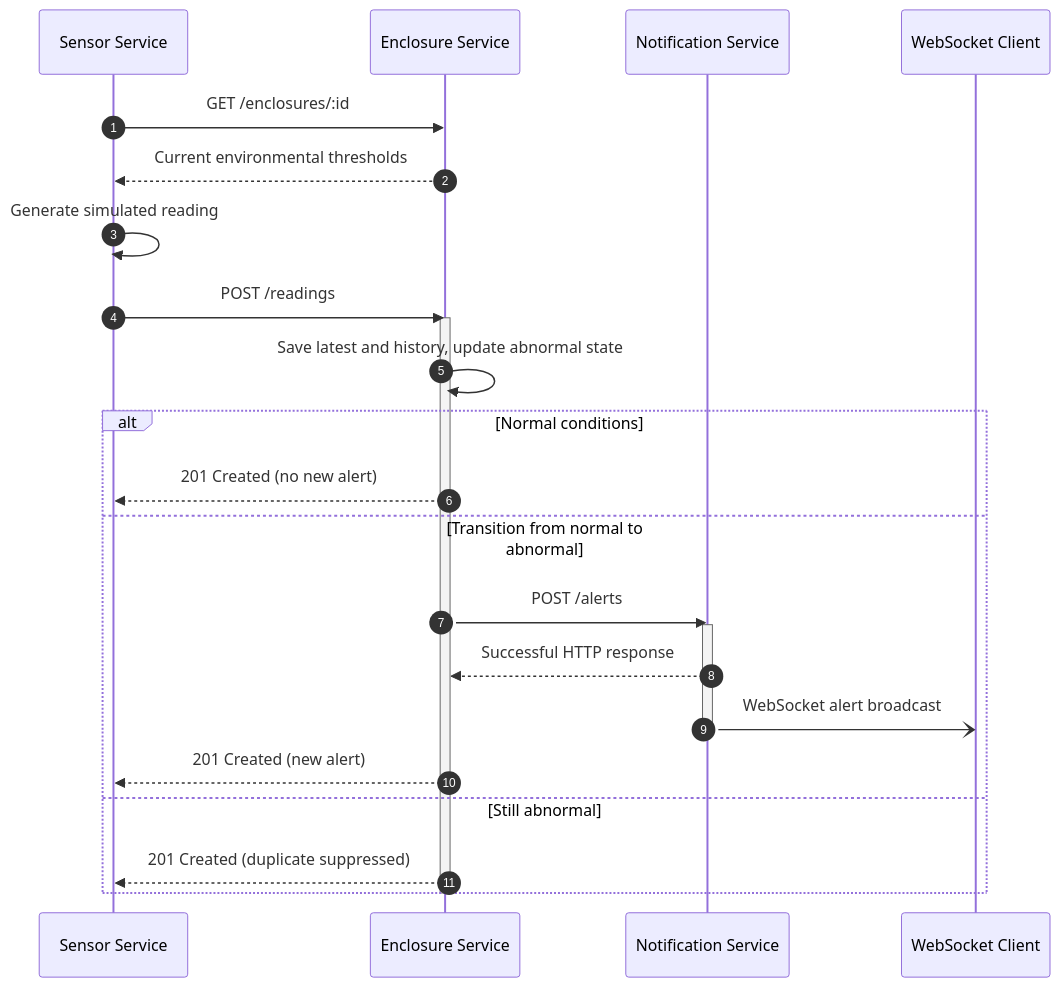
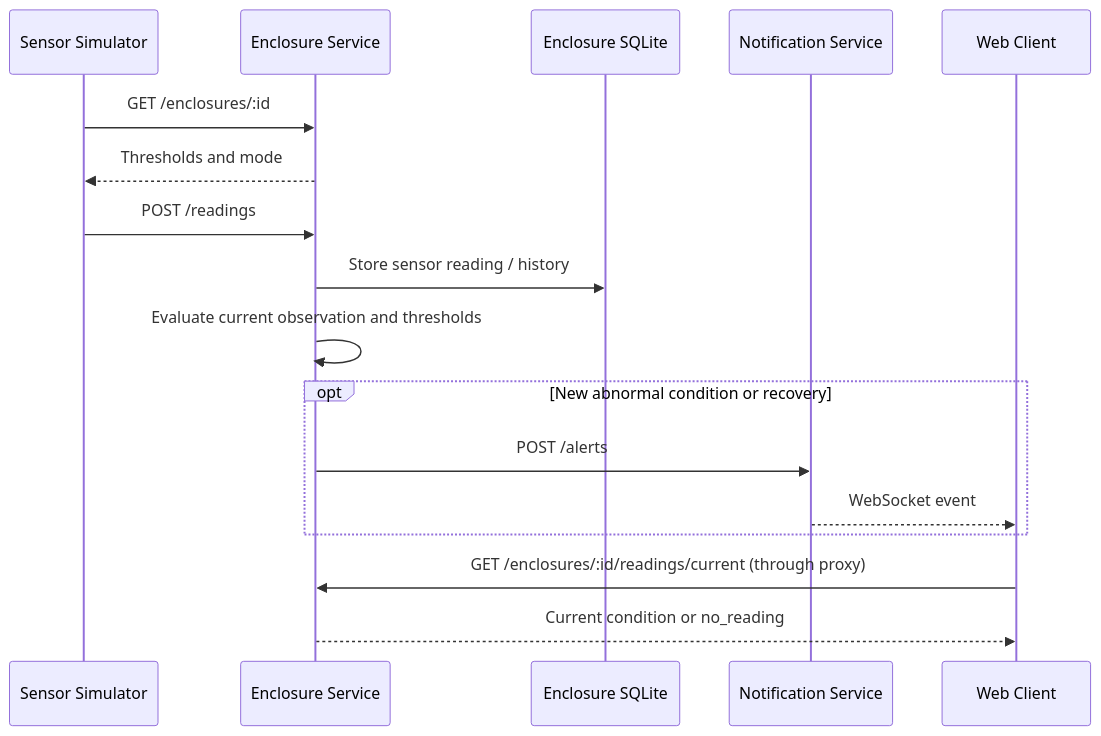
One commit to HugoLugo/exotic-pet-keeper-programming5 changed the second of 2 diagrams in docs/architecture.md. Above: the diagram before and after it, drawn with Mermaid. The commit also changed other lines of this file and 7 other files, not shown here.

Commit message:
Update project documentation and architecture for Stage 6A

````diff
--- a/docs/architecture.md
+++ b/docs/architecture.md
@@ -307,30 +43,19 @@
 ```mermaid
 sequenceDiagram
-    autonumber
-
-    participant Sensor as Sensor Service
-    participant Enclosure as Enclosure Service
-    participant Notification as Notification Service
-    participant App as WebSocket Client
-
-    Sensor->>Enclosure: GET /enclosures/:id
-    Enclosure-->>Sensor: Current environmental thresholds
-    Sensor->>Sensor: Generate simulated reading
-    Sensor->>Enclosure: POST /readings
-    activate Enclosure
-    Enclosure->>Enclosure: Save latest and history, update abnormal state
-
-    alt Normal conditions
-        Enclosure-->>Sensor: 201 Created (no new alert)
-    else Transition from normal to abnormal
-        Enclosure->>Notification: POST /alerts
-        activate Notification
-        Notification-->>Enclosure: Successful HTTP response
-        Notification-)App: WebSocket alert broadcast
-        deactivate Notification
-        Enclosure-->>Sensor: 201 Created (new alert)
-    else Still abnormal
-        Enclosure-->>Sensor: 201 Created (duplicate suppressed)
-    end
-    deactivate Enclosure
+  participant S as Sensor Simulator
+  participant E as Enclosure Service
+  participant DB as Enclosure SQLite
+  participant N as Notification Service
+  participant UI as Web Client
+  S->>E: GET /enclosures/:id
+  E-->>S: Thresholds and mode
+  S->>E: POST /readings
+  E->>DB: Store sensor reading / history
+  E->>E: Evaluate current observation and thresholds
+  opt New abnormal condition or recovery
+    E->>N: POST /alerts
+    N-->>UI: WebSocket event
+  end
+  UI->>E: GET /enclosures/:id/readings/current (through proxy)
+  E-->>UI: Current condition or no_reading
 ```
````
